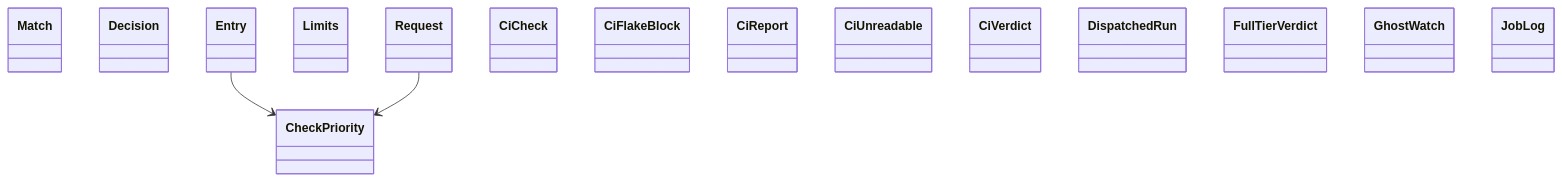
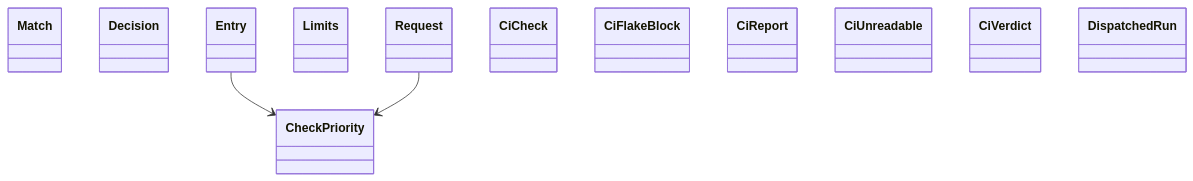
One commit to GonzaloZevallos/agentic-system changed the diagram in docs/architecture/generated/classes-process-domain-checks-1.md. Above: the diagram before and after it, drawn with Mermaid. The commit also changed other lines of this file and 23 other files, not shown here.

Commit message:
Regenerate the architecture docs for the CI log header reader

````diff
--- a/docs/architecture/generated/classes-process-domain-checks-1.md
+++ b/docs/architecture/generated/classes-process-domain-checks-1.md
@@ -27,20 +28,17 @@
 ```mermaid
 classDiagram
     class check_runs__Match["Match"]
     class check_schedule__CheckPriority["CheckPriority"]
     class check_schedule__Decision["Decision"]
     class check_schedule__Entry["Entry"]
     class check_schedule__Limits["Limits"]
     class check_schedule__Request["Request"]
     class ci__CiCheck["CiCheck"]
     class ci__CiFlakeBlock["CiFlakeBlock"]
     class ci__CiReport["CiReport"]
     class ci__CiUnreadable["CiUnreadable"]
     class ci__CiVerdict["CiVerdict"]
     class ci__DispatchedRun["DispatchedRun"]
-    class ci__FullTierVerdict["FullTierVerdict"]
-    class ci__GhostWatch["GhostWatch"]
-    class ci__JobLog["JobLog"]
     check_schedule__Entry --> check_schedule__CheckPriority
     check_schedule__Request --> check_schedule__CheckPriority
 ```
````
